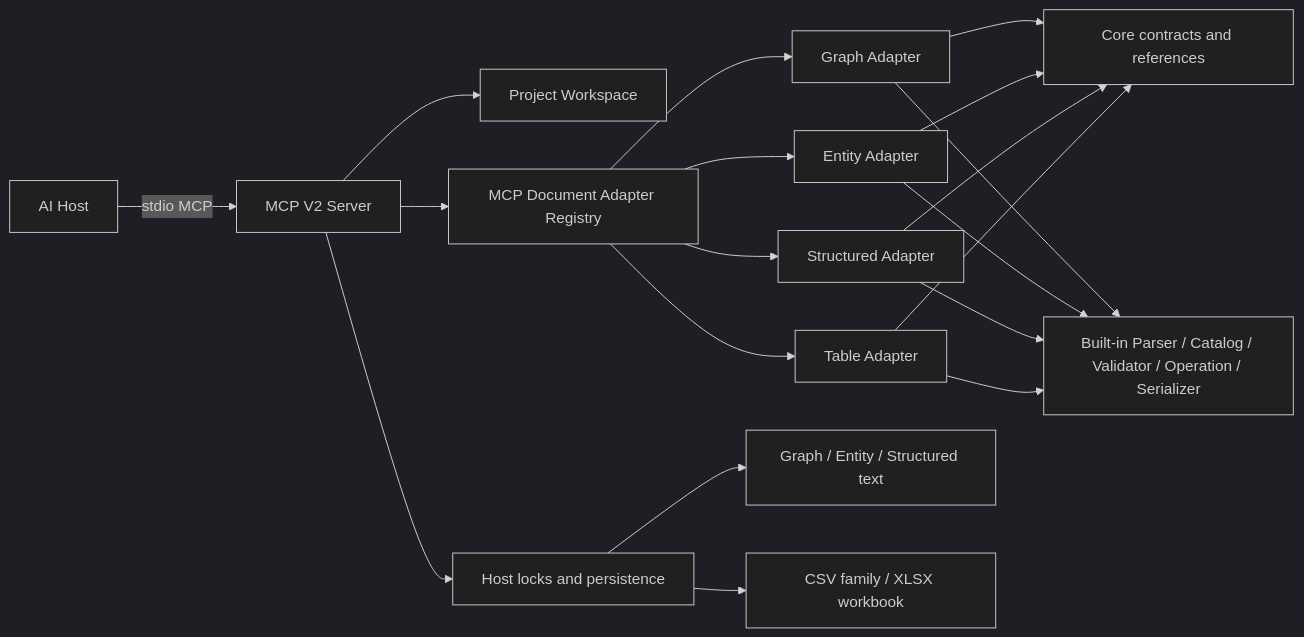
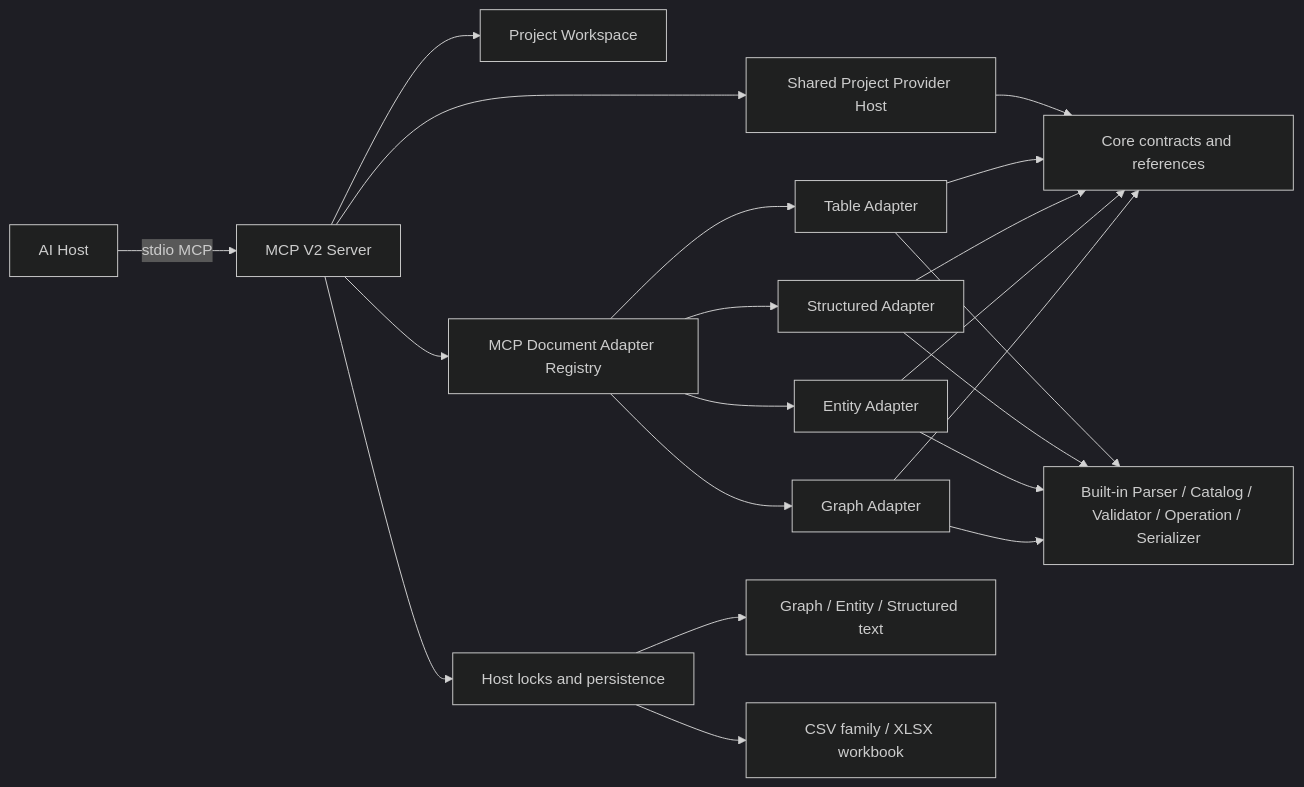
The first of 3 diagrams in Doc/VisualBridgeMcp.md (zh880517/VisualBridge), drawn with Mermaid (dark theme) before and after one commit. The commit also changed other lines of this file and 57 other files, not shown here.

Commit message:
Add Project Provider V1

````diff
--- a/Doc/VisualBridgeMcp.md
+++ b/Doc/VisualBridgeMcp.md
@@ -21,21 +22,23 @@
 ```mermaid
 flowchart LR
   AI[AI Host] -->|stdio MCP| Server[MCP V2 Server]
   Server --> Project[Project Workspace]
   Server --> Registry[MCP Document Adapter Registry]
+  Server --> Provider[Shared Project Provider Host]
   Registry --> G[Graph Adapter]
   Registry --> E[Entity Adapter]
   Registry --> S[Structured Adapter]
   Registry --> T[Table Adapter]
   G --> Core[Core contracts and references]
   E --> Core
   S --> Core
   T --> Core
+  Provider --> Core
   G --> Domains[Built-in Parser / Catalog / Validator / Operation / Serializer]
   E --> Domains
   S --> Domains
   T --> Domains
   Server --> Persistence[Host locks and persistence]
   Persistence --> Text[Graph / Entity / Structured text]
   Persistence --> Carriers[CSV family / XLSX workbook]
 ```
````
